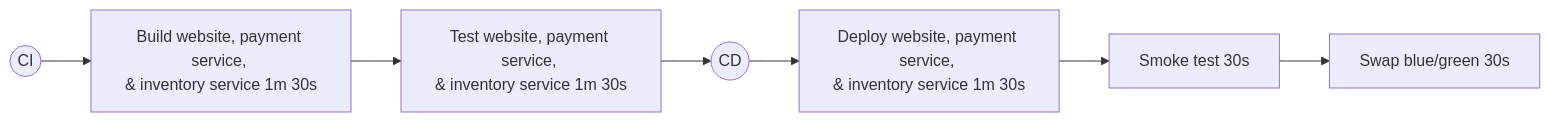
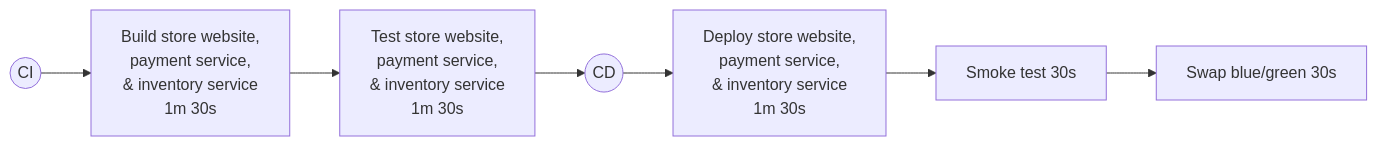
One commit to samsmithnz/ParallelPipelinesDemo changed the first of 2 diagrams in README.md. Above: the diagram before and after it, drawn with Mermaid. The commit also changed other lines of this file, not shown here.

````diff
--- a/README.md
+++ b/README.md
@@ -5,5 +5,5 @@
 ```mermaid
   graph LR;
-      ci((CI))-->buildAll[Build website, payment service, <br/>& inventory service 1m 30s]-->testAll[Test website, payment service, <br/>& inventory service 1m 30s]-->cd((CD));
-      cd((CD))-->deployAll[Deploy website, payment service, <br/>& inventory service 1m 30s]-->smoke[Smoke test 30s]-->swap[Swap blue/green 30s];
+      ci((CI))-->buildAll[Build store website, <br/>payment service, <br/>& inventory service <br/>1m 30s]-->testAll[Test store website, <br/>payment service, <br/>& inventory service <br/>1m 30s]-->cd((CD));
+      cd((CD))-->deployAll[Deploy store website, <br/>payment service, <br/>& inventory service <br/>1m 30s]-->smoke[Smoke test 30s]-->swap[Swap blue/green 30s];
 ```
````
